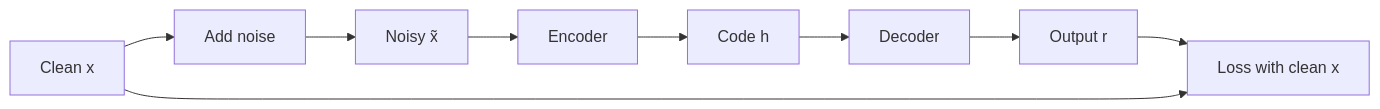
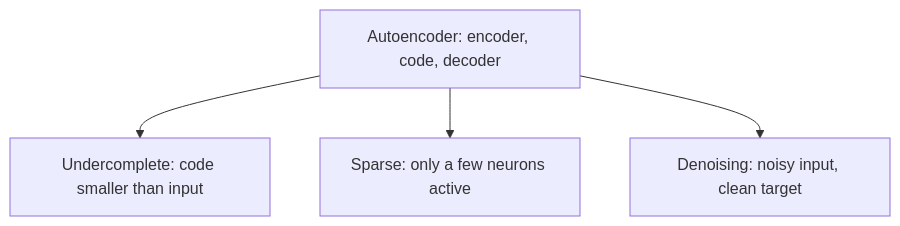
Before and after one commit to TrendySloth1001/sem-seven-notes: the diagram in content/deep-learning/pyq/2024-05/q5b.mdx, drawn with Mermaid. The commit also changed other lines of this file and 254 other files, not shown here.

Commit message:
Rewrite the backpropagation, gradient descent, regularization and autoencoder notes and their 29 answers from the teachers' class files. They use 185 teacher figures with class-notes citations only, and correct the AdaGrad, RMSProp, Nesterov and batch-norm numbers on the slides.

````diff
--- a/content/deep-learning/pyq/2024-05/q5b.mdx
+++ b/content/deep-learning/pyq/2024-05/q5b.mdx
@@ -25,12 +7,7 @@
 ```mermaid
-%% caption: Denoising autoencoder: noise is added to the input only; the loss compares the output with the clean input.
-flowchart LR
-  X["Clean x"] --> N["Add noise"]
-  N --> XT["Noisy x̃"]
-  XT --> E["Encoder"]
-  E --> H["Code h"]
-  H --> D["Decoder"]
-  D --> R["Output r"]
-  R --> L["Loss with clean x"]
-  X --> L
+%% caption: Three types of autoencoder, each with its own rule that stops the network from simply copying the input.
+flowchart TD
+  A["Autoencoder: encoder, code, decoder"] --> B["Undercomplete: code smaller than input"]
+  A --> C["Sparse: only a few neurons active"]
+  A --> D["Denoising: noisy input, clean target"]
 ```
````
